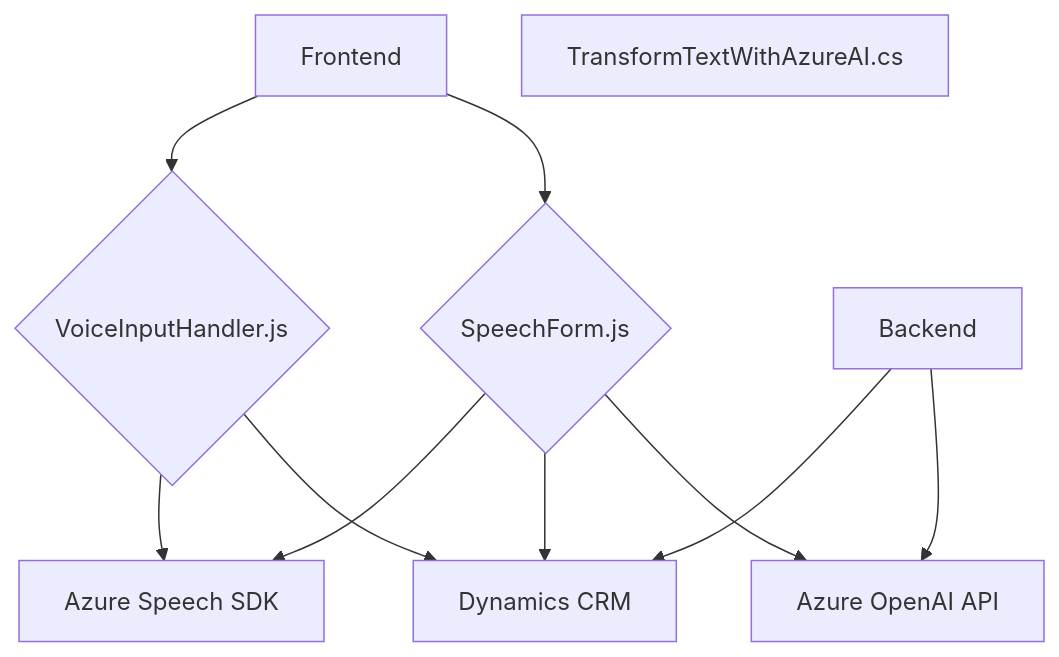
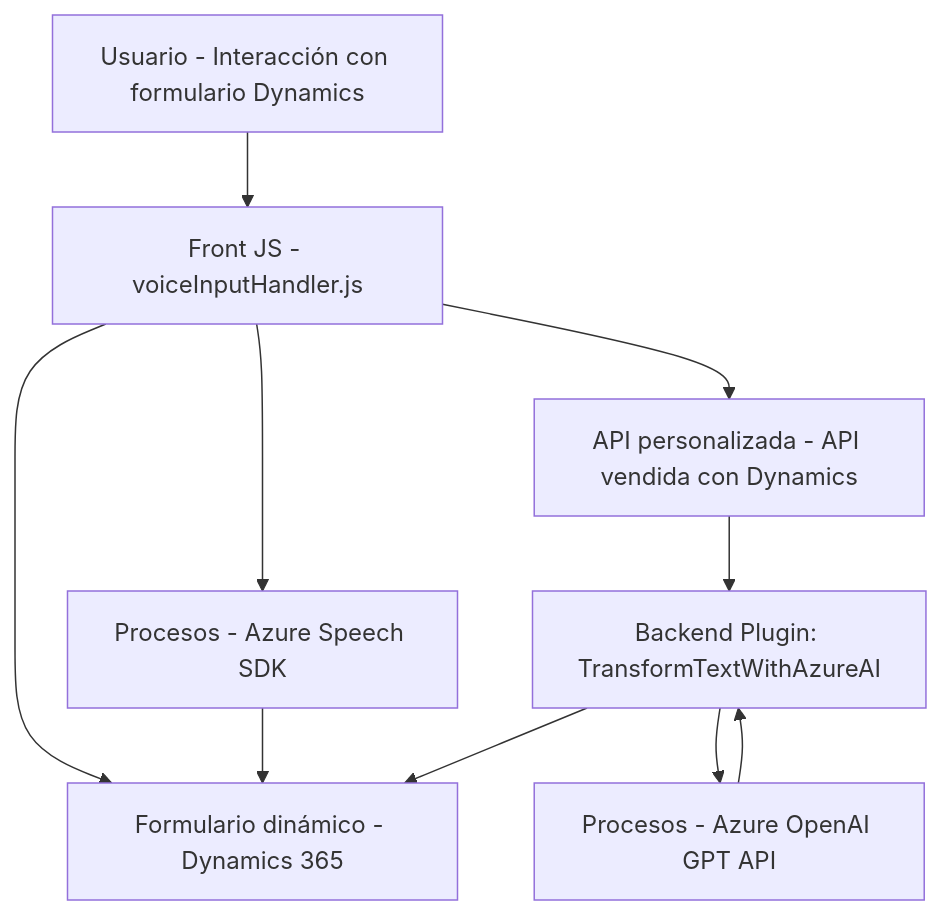
Before and after one commit to blopezdm/NETCORE_BILBAO2025: the diagram in README.md, drawn with Mermaid. The commit also changed other lines of this file, not shown here.

Commit message:
Actualizar análisis global de la solución con IA

````diff
--- a/README.md
+++ b/README.md
@@ -58,24 +46,19 @@
 ```mermaid
 graph TD
-    A["Frontend"]
-    B{"VoiceInputHandler.js"}
-    C{"SpeechForm.js"}
-
-    D["Backend"]
-    E["TransformTextWithAzureAI.cs"]
-
-    F["Azure Speech SDK"]
-    G["Azure OpenAI API"]
-    H["Dynamics CRM"]
-
+    A["Usuario - Interacción con formulario Dynamics"]
+    B["Front JS - voiceInputHandler.js"]
+    C["Procesos - Azure Speech SDK"]
+    D["API personalizada - API vendida con Dynamics"]
+    E["Backend Plugin: TransformTextWithAzureAI"]
+    F["Procesos - Azure OpenAI GPT API"]
+    G["Formulario dinámico - Dynamics 365"]
     A --> B
-    A --> C
-    B --> F
-    C --> F
-    C --> H
-    D --> H
-    D --> G
-
-    B --> H
+    B --> C
+    B --> D
+    B --> G
     C --> G
+    D --> E
+    E --> F
+    F --> E
+    E --> G
 ```
````
